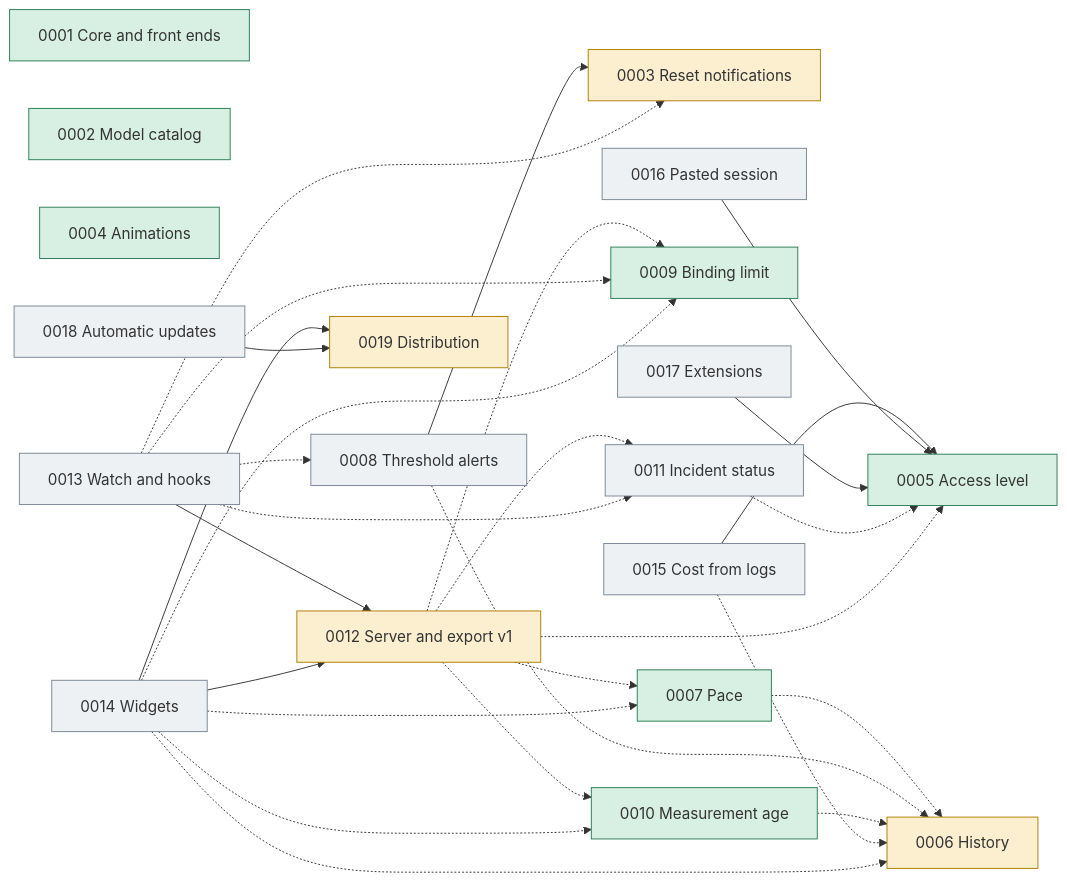
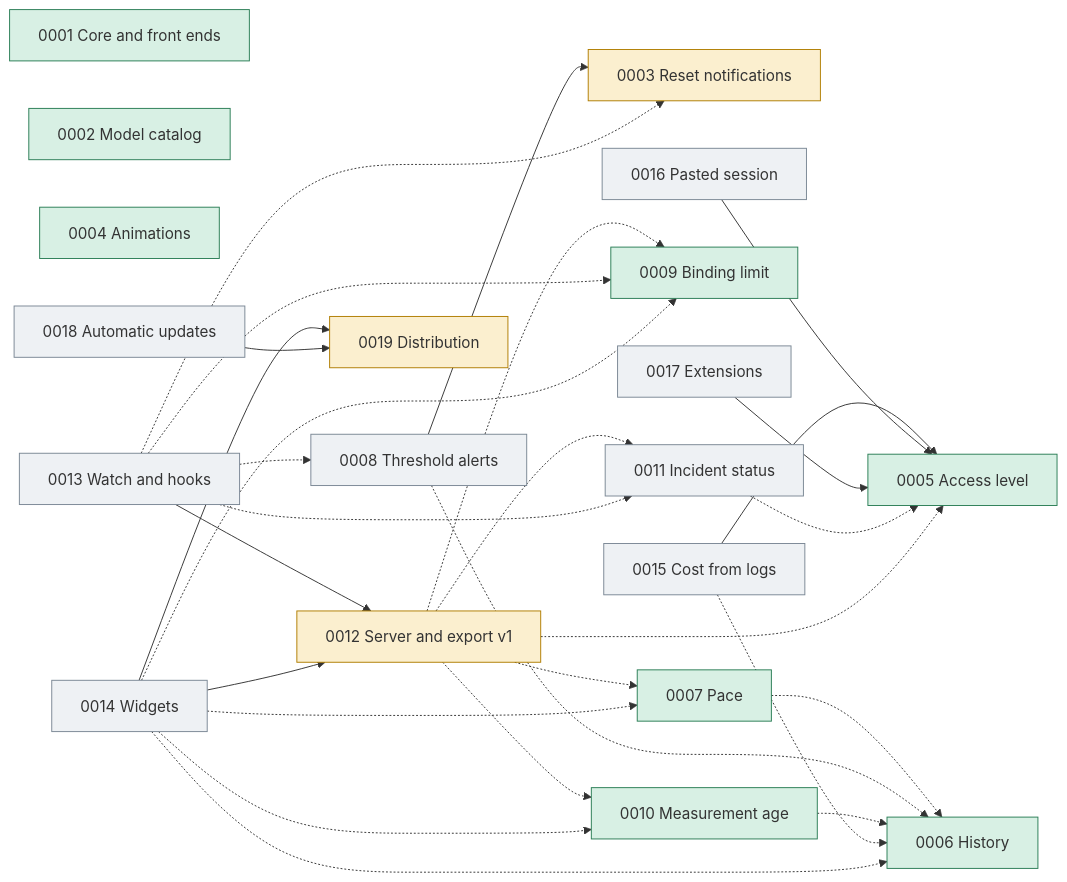
Before and after one commit to jmarcon/cuotai: the diagram in docs/plans/0000_control.md, drawn with Mermaid. The commit also changed other lines of this file and 27 other files, not shown here.

First line of the commit message:
feat(history): chart the measurement history in the desktop details

````diff
--- a/docs/plans/0000_control.md
+++ b/docs/plans/0000_control.md
@@ -92,54 +93,54 @@
 ```mermaid
 graph LR
   classDef done fill:#d8f0e4,stroke:#2a7d55
   classDef wip fill:#fbefcf,stroke:#b07d00
   classDef todo fill:#eef1f4,stroke:#7a8794
 
   P1["0001 Core and front ends"]:::done
   P2["0002 Model catalog"]:::done
   P3["0003 Reset notifications"]:::wip
   P4["0004 Animations"]:::done
   P5["0005 Access level"]:::done
-  P6["0006 History"]:::wip
+  P6["0006 History"]:::done
   P7["0007 Pace"]:::done
   P8["0008 Threshold alerts"]:::todo
   P9["0009 Binding limit"]:::done
   P10["0010 Measurement age"]:::done
   P11["0011 Incident status"]:::todo
   P12["0012 Server and export v1"]:::wip
   P13["0013 Watch and hooks"]:::todo
   P14["0014 Widgets"]:::todo
   P15["0015 Cost from logs"]:::todo
   P16["0016 Pasted session"]:::todo
   P17["0017 Extensions"]:::todo
   P18["0018 Automatic updates"]:::todo
   P19["0019 Distribution"]:::wip
 
   P8 --> P3
   P13 --> P12
   P14 --> P12
   P14 --> P19
   P15 --> P5
   P16 --> P5
   P17 --> P5
   P18 --> P19
 
   P7 -.-> P6
   P8 -.-> P6
   P10 -.-> P6
   P11 -.-> P5
   P15 -.-> P6
   P12 -.-> P5
   P12 -.-> P7
   P12 -.-> P9
   P12 -.-> P10
   P12 -.-> P11
   P13 -.-> P3
   P13 -.-> P8
   P13 -.-> P9
   P13 -.-> P11
   P14 -.-> P6
   P14 -.-> P7
   P14 -.-> P9
   P14 -.-> P10
 ```
````
